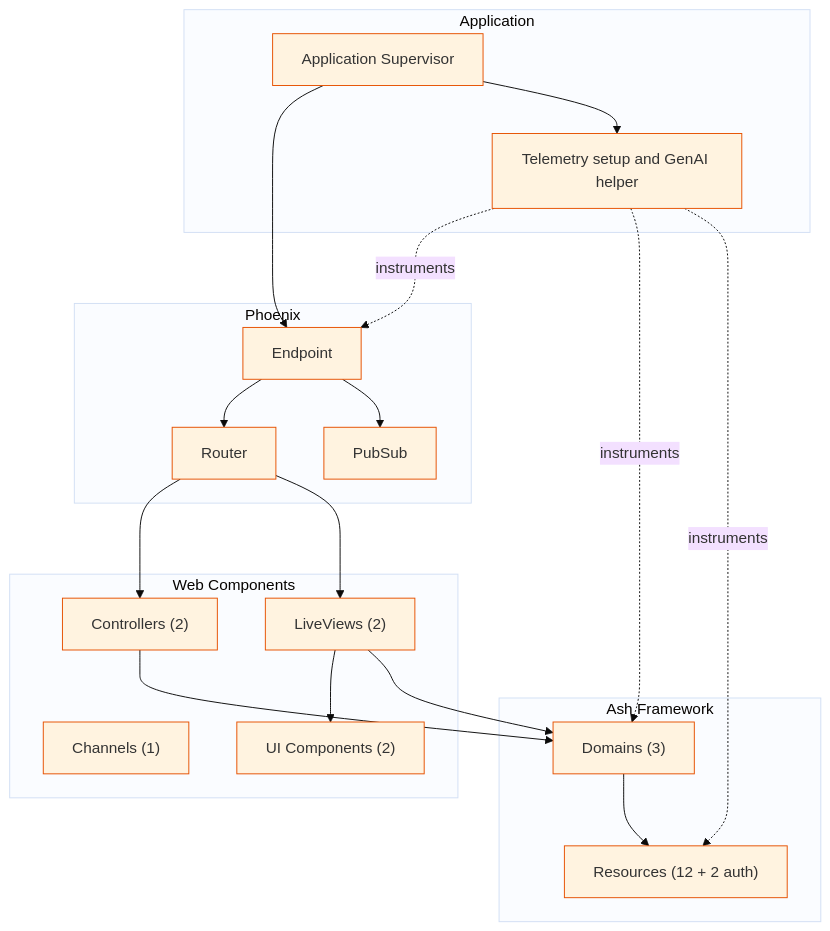
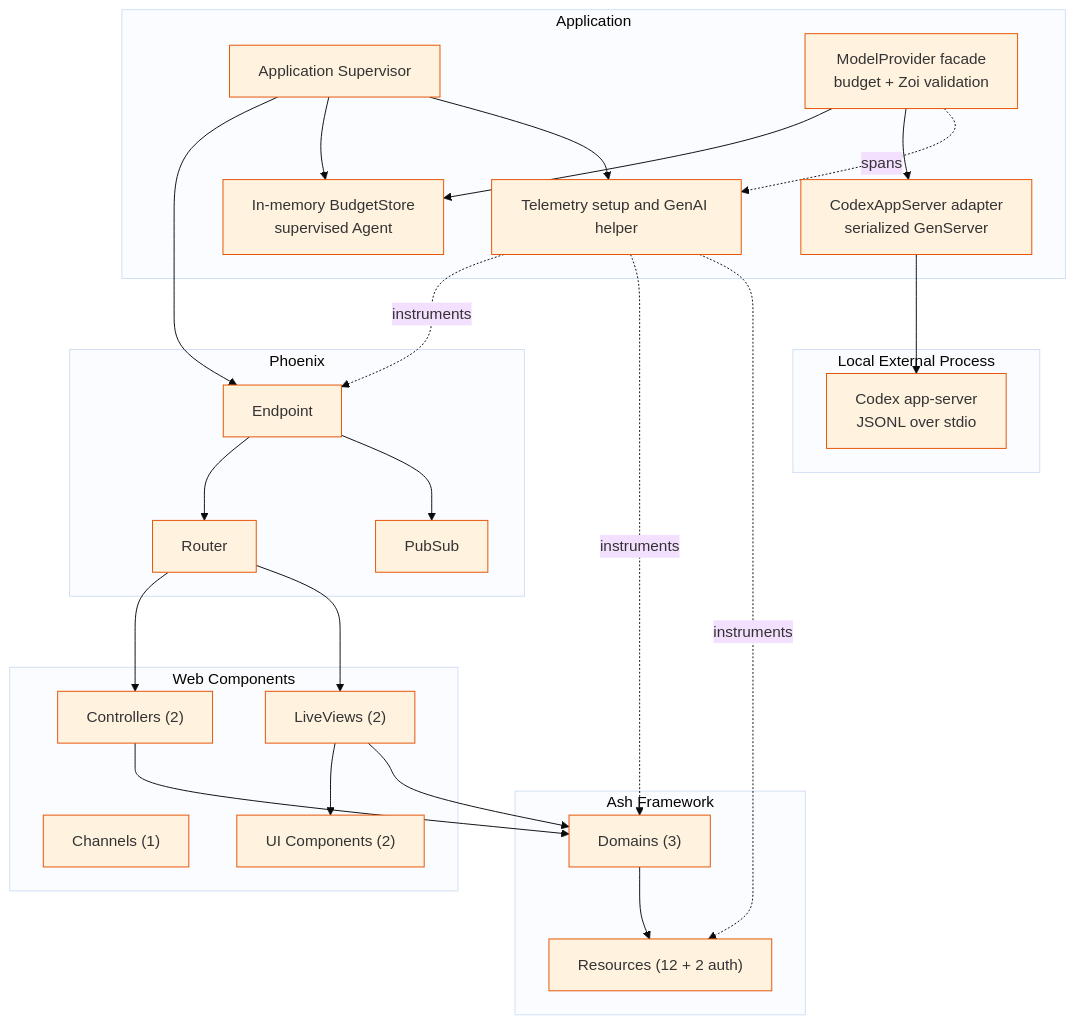
The diagram in docs/architecture/components.mmd (chops/sdr_agent), drawn with Mermaid before and after one commit. The commit also changed 20 other files, not shown here.

Commit message:
Add validated model provider boundary

```diff
--- a/docs/architecture/components.mmd
+++ b/docs/architecture/components.mmd
@@ -1,38 +1,50 @@
 %%{init: {'theme': 'base', 'themeVariables': { 'primaryColor': '#fff3e0', 'primaryBorderColor': '#e65100'}}}%%
 graph TB
     subgraph Application["Application"]
         App[Application Supervisor]
+        Budget[In-memory BudgetStore<br/>supervised Agent]
+        ModelProvider[ModelProvider facade<br/>budget + Zoi validation]
+        CodexAdapter[CodexAppServer adapter<br/>serialized GenServer]
         Telemetry[Telemetry setup and GenAI helper]
     end
 
     subgraph Phoenix["Phoenix"]
         Endpoint[Endpoint]
         Router[Router]
         PubSub[PubSub]
     end
 
     subgraph Web["Web Components"]
         Controllers["Controllers (2)"]
         LiveViews["LiveViews (2)"]
         Channels["Channels (1)"]
         UIComponents["UI Components (2)"]
     end
 
     subgraph Ash["Ash Framework"]
         Domains["Domains (3)"]
         Resources["Resources (12 + 2 auth)"]
     end
 
+    subgraph External["Local External Process"]
+        Codex[Codex app-server<br/>JSONL over stdio]
+    end
+
     App --> Endpoint
+    App --> Budget
     App --> Telemetry
+    ModelProvider --> Budget
+    ModelProvider --> CodexAdapter
+    ModelProvider -. spans .-> Telemetry
+    CodexAdapter --> Codex
     Endpoint --> Router
     Endpoint --> PubSub
     Router --> Controllers
     Router --> LiveViews
     LiveViews --> UIComponents
     Controllers --> Domains
     LiveViews --> Domains
     Domains --> Resources
     Telemetry -. instruments .-> Endpoint
     Telemetry -. instruments .-> Domains
     Telemetry -. instruments .-> Resources
```
